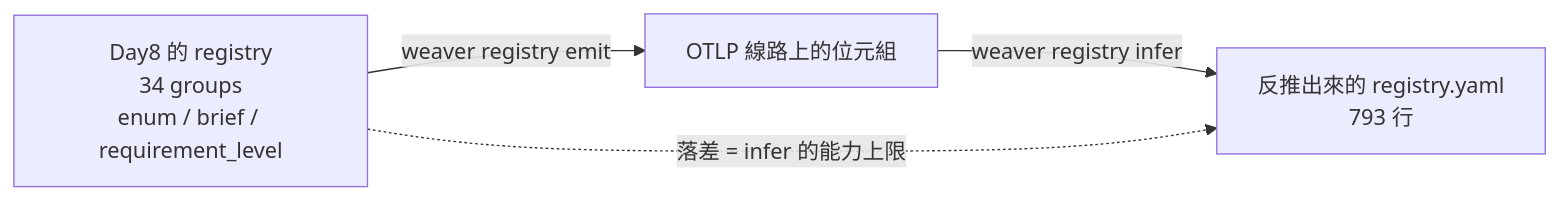
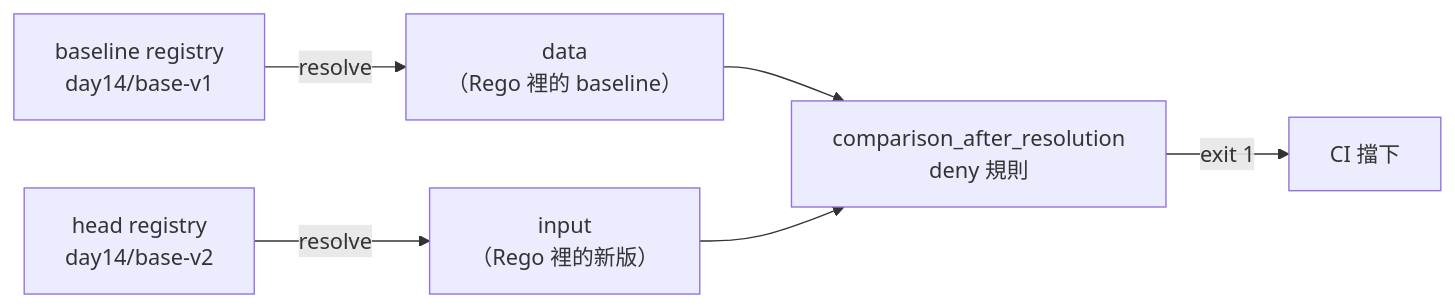
One commit to tedmax100/o11y-bench changed the fourth of 4 diagrams in weaver-demo/ironman-2026/day09.md. Above: the diagram before and after it, drawn with Mermaid. The commit also changed other lines of this file and 15 other files, not shown here.

````diff
--- a/weaver-demo/ironman-2026/day09.md
+++ b/weaver-demo/ironman-2026/day09.md
@@ -139,6 +425,8 @@
 ```mermaid
 flowchart LR
-    A["Day8 的 registry<br/>34 groups<br/>enum / brief / requirement_level"] -->|"weaver registry emit"| B["OTLP 線路上的位元組"]
-    B -->|"weaver registry infer"| C["反推出來的 registry.yaml<br/>793 行"]
-    A -.->|"落差 = infer 的能力上限"| C
+    B["baseline registry<br/>day14/base-v1"] -->|resolve| D["data<br/>（Rego 裡的 baseline）"]
+    H["head registry<br/>day14/base-v2"] -->|resolve| I["input<br/>（Rego 裡的新版）"]
+    D --> R["comparison_after_resolution<br/>deny 規則"]
+    I --> R
+    R -->|"exit 1"| G["CI 擋下"]
 ```
````
